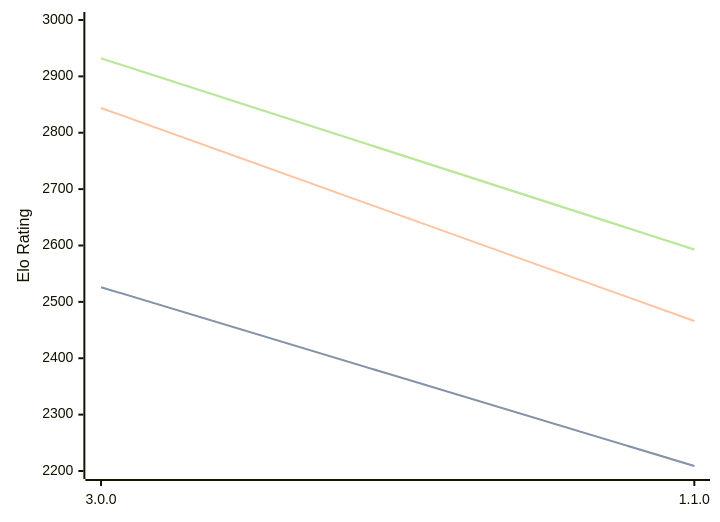
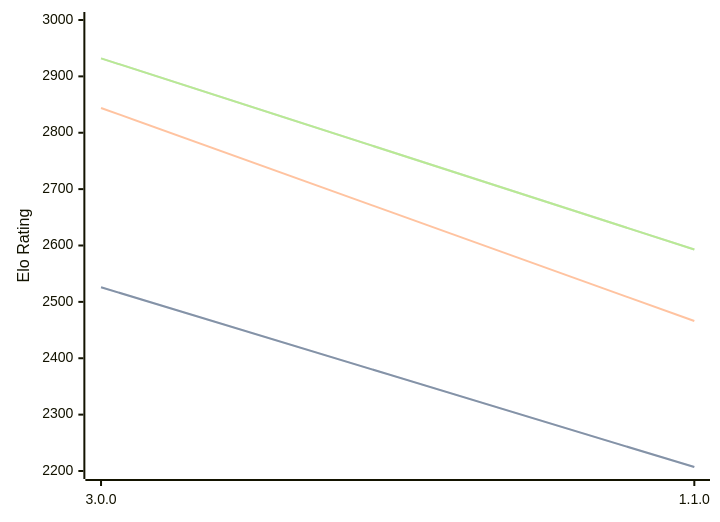
Before and after one commit to computer-chess-index/cci: the diagram in engines/Potential.md, drawn with Mermaid. The commit also changed other lines of this file, not shown here.

````diff
--- a/engines/Potential.md
+++ b/engines/Potential.md
@@ -34,11 +34,11 @@
 ```mermaid
 %%{init: {"theme":"base","themeVariables":{"seriesColors:['#a3a3a3','#222221','#faa371']}}}%%
 xychart-beta
   x-axis ["3.0.0", "1.1.0"]
   y-axis "Elo Rating" 2200 --> 3000
-  line "STC (8.0+0.08s)" [2526, 2209]
-  line "STC (8.0+0.08s)" [2526, 2209]
+  line "STC (8.0+0.08s)" [2526, 2207]
+  line "STC (8.0+0.08s)" [2526, 2207]
   line "LTC (60.0+0.60s)" [2844, 2466]
   line "VLTC (2m24s+1.12s)" [2932, 2593]
   line "VLTC (2m24s+1.12s)" [2932, 2593]
 ```
````
